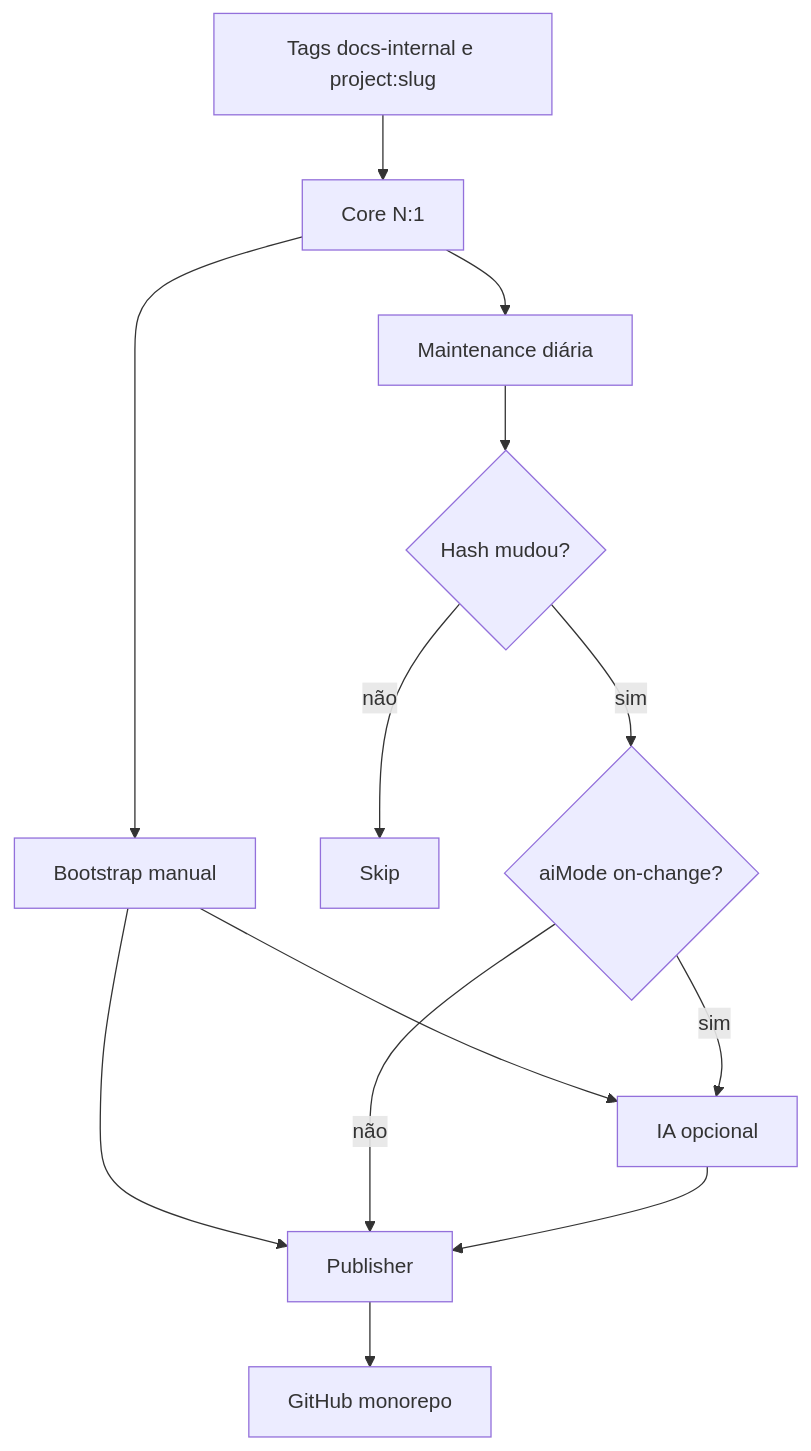
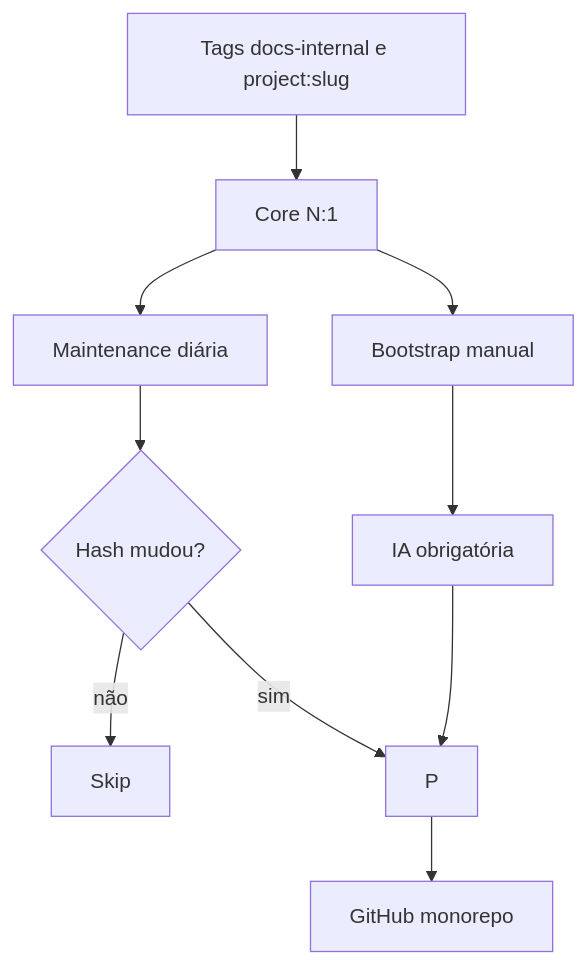
The diagram in docs/ARCHITECTURE.md (jhvlima/n8n-workflows), drawn with Mermaid before and after one commit. The commit also changed other lines of this file and 36 other files, not shown here.

````diff
--- a/docs/ARCHITECTURE.md
+++ b/docs/ARCHITECTURE.md
@@ -5,15 +5,12 @@
 ```mermaid
 flowchart TD
     T[Tags docs-internal e project:slug] --> C[Core N:1]
     C --> B[Bootstrap manual]
     C --> M[Maintenance diária]
-    B --> A[IA opcional]
-    B --> P[Publisher]
+    B --> A[IA obrigatória]
     M --> D{Hash mudou?}
     D -->|não| S[Skip]
-    D -->|sim| O{aiMode on-change?}
-    O -->|sim| A
-    O -->|não| P
+    D -->|sim| P
     A --> P
     P --> G[GitHub monorepo]
 ```
````
